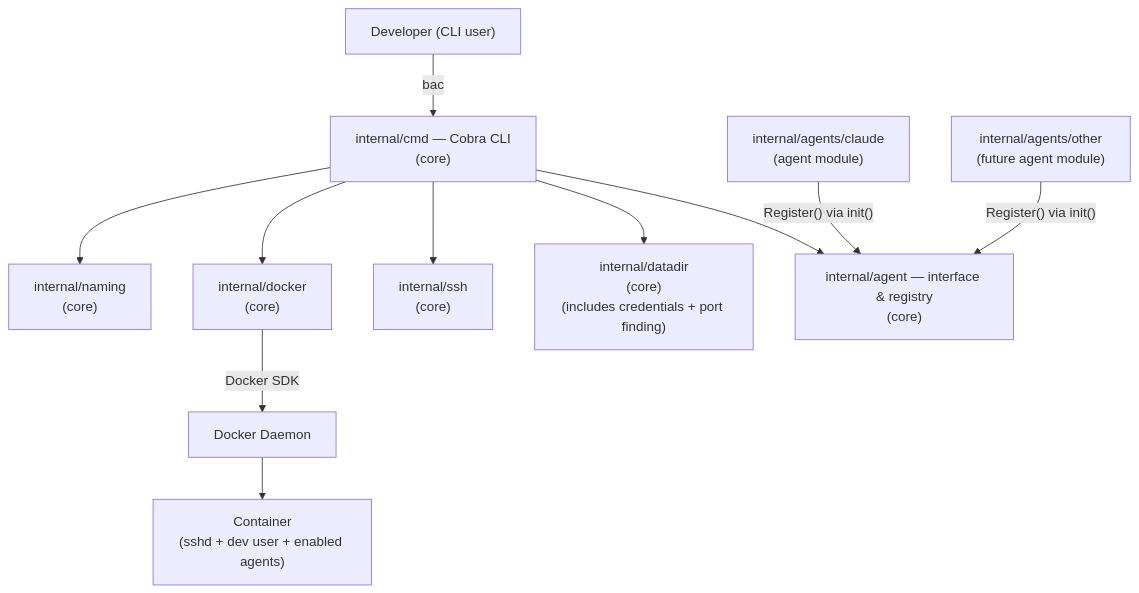
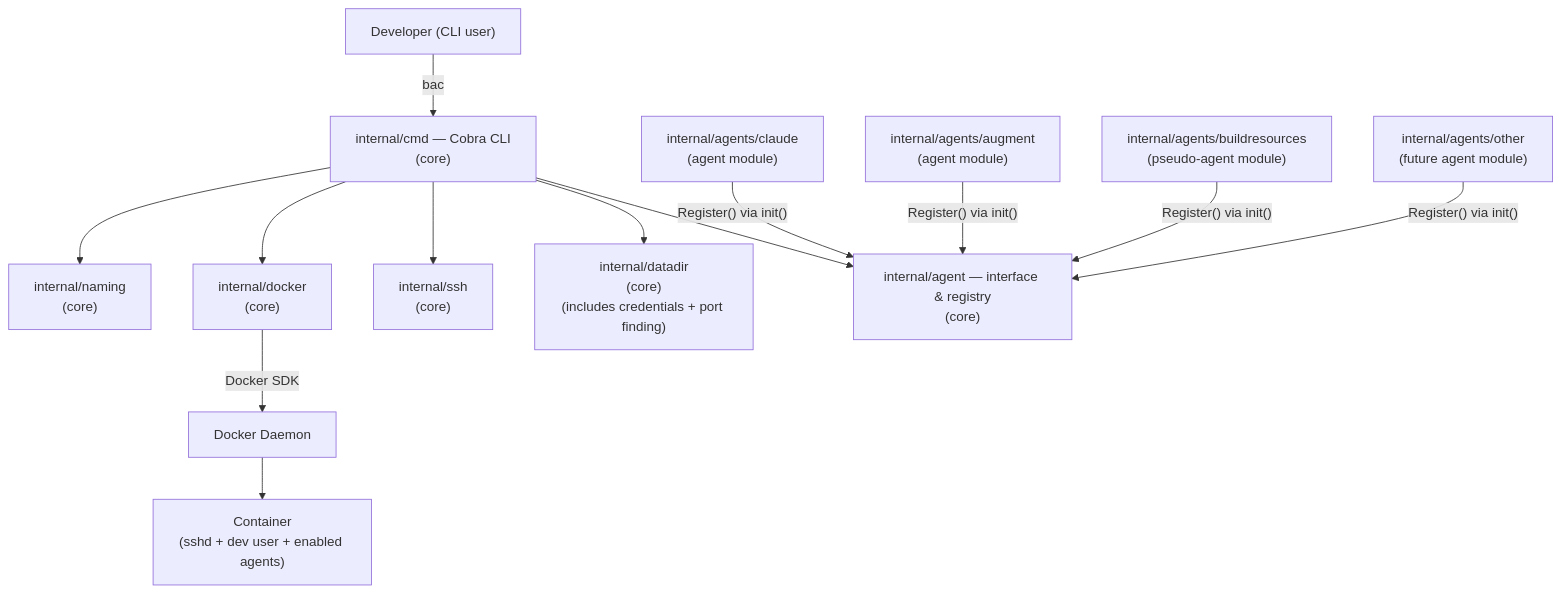
The first of 4 diagrams in .kiro/specs/bootstrap-ai-coding/design-architecture.md (koudis/bootstrap-ai-coding), drawn with Mermaid before and after one commit. The commit also changed other lines of this file and 34 other files, not shown here.

````diff
--- a/.kiro/specs/bootstrap-ai-coding/design-architecture.md
+++ b/.kiro/specs/bootstrap-ai-coding/design-architecture.md
@@ -7,25 +7,29 @@
 ```mermaid
 graph TD
     User["Developer (CLI user)"]
     CLI["internal/cmd — Cobra CLI\n(core)"]
     Naming["internal/naming\n(core)"]
     Docker["internal/docker\n(core)"]
     SSH["internal/ssh\n(core)"]
     DataDir["internal/datadir\n(core)\n(includes credentials + port finding)"]
     AgentPkg["internal/agent — interface & registry\n(core)"]
     ClaudeAgent["internal/agents/claude\n(agent module)"]
+    AugmentAgent["internal/agents/augment\n(agent module)"]
+    BuildResAgent["internal/agents/buildresources\n(pseudo-agent module)"]
     FutureAgent["internal/agents/other\n(future agent module)"]
     DockerDaemon["Docker Daemon"]
     Container["Container\n(sshd + dev user + enabled agents)"]
 
     User -->|"bac <path> [--agents ...]"| CLI
     CLI --> Naming
     CLI --> Docker
     CLI --> SSH
     CLI --> DataDir
     CLI --> AgentPkg
     ClaudeAgent -->|"Register() via init()"| AgentPkg
+    AugmentAgent -->|"Register() via init()"| AgentPkg
+    BuildResAgent -->|"Register() via init()"| AgentPkg
     FutureAgent -->|"Register() via init()"| AgentPkg
     Docker -->|"Docker SDK"| DockerDaemon
     DockerDaemon --> Container
 ```
````
